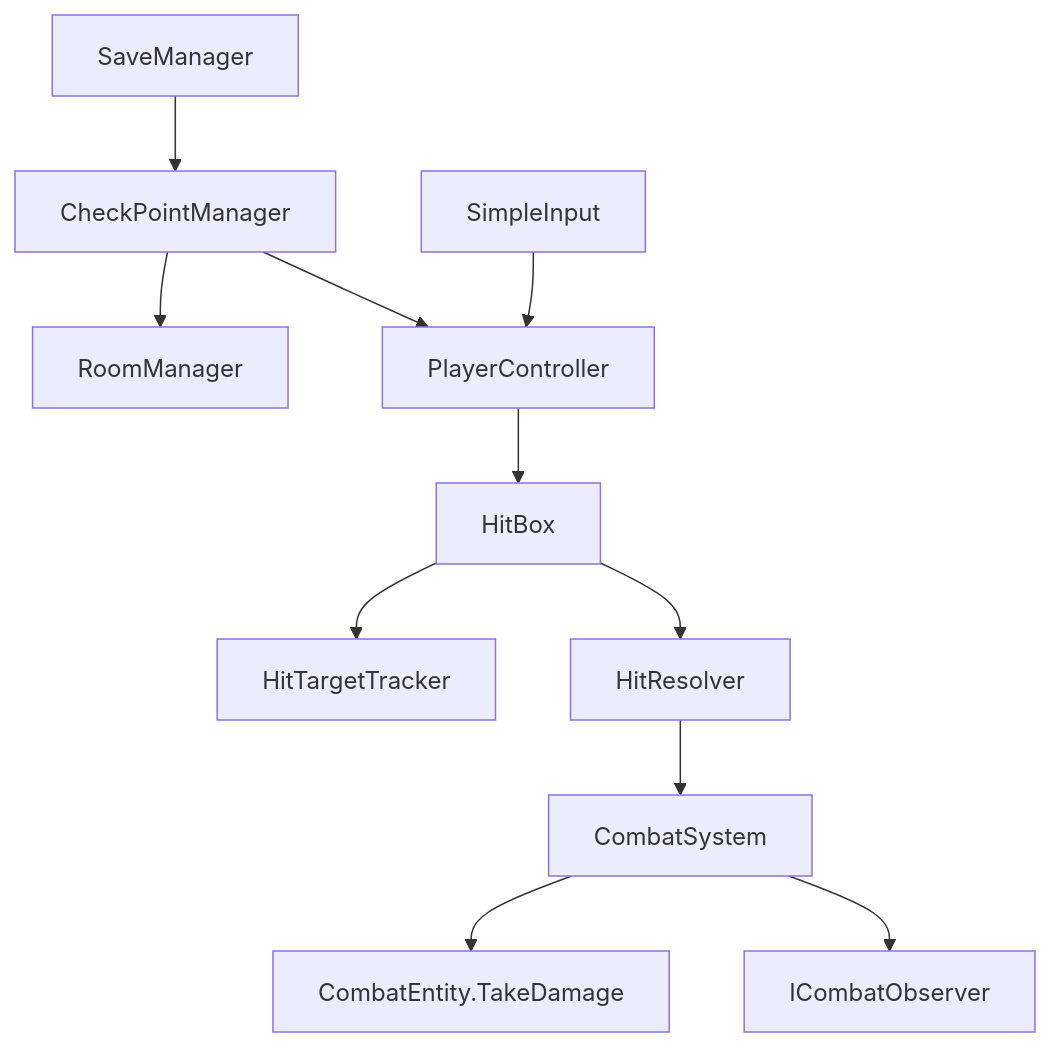
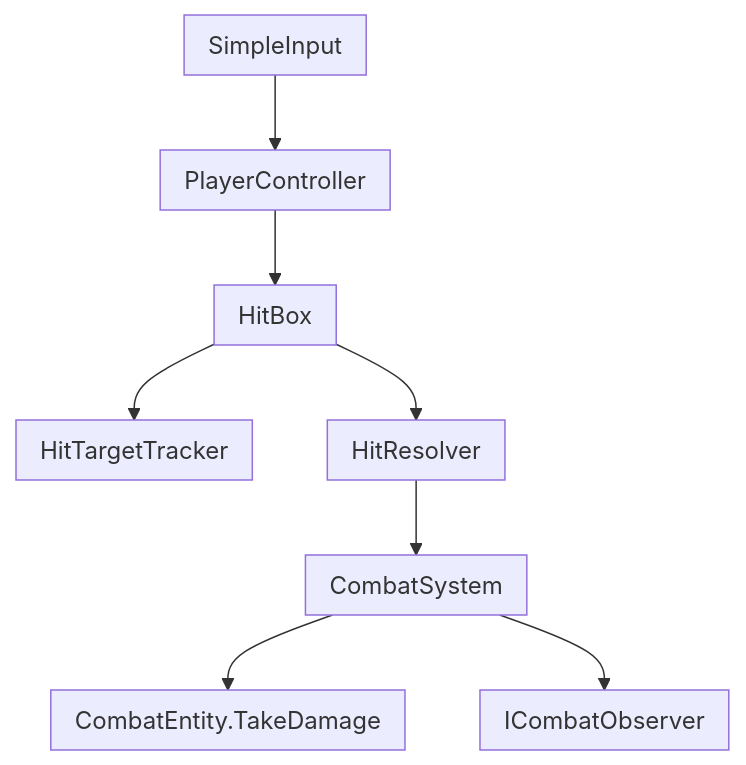
Before and after one commit to keeeery/portfolio: the third of 7 diagrams in src/2-Arcanist/TechDoc_Arcanist.md, drawn with Mermaid. The commit also changed other lines of this file and 13 other files, not shown here.

Commit message:
기술 문서: 다이어그램 다듬기와 부가 설명 문구 통일, Arcanist 구조도를 전투·카드 개요로, ODDITY 보스 장 정리와 염동력 시연 GIF, 코드 발췌 머리 주석 통일, 데이터 다시 빌드

````diff
--- a/src/2-Arcanist/TechDoc_Arcanist.md
+++ b/src/2-Arcanist/TechDoc_Arcanist.md
@@ -60,13 +130,12 @@
 ```mermaid
+%%{init: {"flowchart": {"padding": 8}}}%%
 flowchart TB
-    Save[SaveManager] --> Check[CheckPointManager]
-    Check --> Room[RoomManager]
-    Check --> Player
     Input[SimpleInput] --> Player[PlayerController]
     Player --> Hit[HitBox]
     Hit --> Tracker[HitTargetTracker]
     Hit --> Resolver[HitResolver]
     Resolver --> Combat[CombatSystem]
     Combat --> Entity[CombatEntity.TakeDamage]
     Combat --> Observer[ICombatObserver]
+%% 격자: Input Player Hit Tracker | - - Resolver - | - Entity Combat Observer
 ```
````
